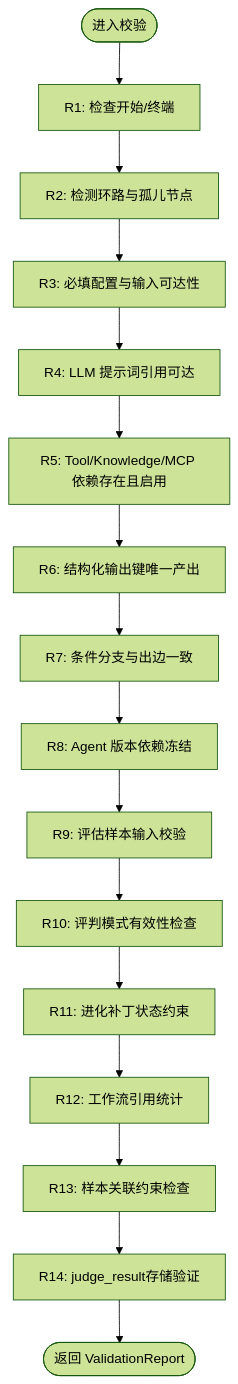
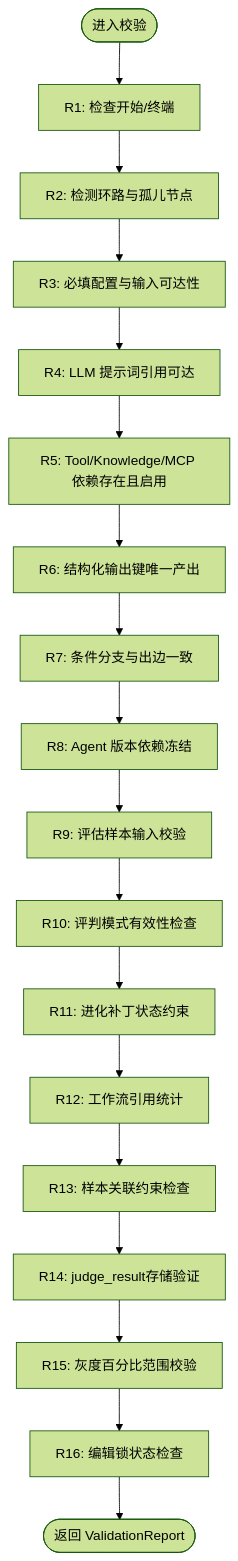
The third of 3 diagrams in .qoder/repowiki/zh/content/Agent 与工作流域.md (huiliuxu780/MoreThanCorn), drawn with Mermaid (forest theme) before and after one commit. The commit also changed other lines of this file and 147 other files, not shown here.

````diff
--- a/.qoder/repowiki/zh/content/Agent 与工作流域.md
+++ b/.qoder/repowiki/zh/content/Agent 与工作流域.md
@@ -383,18 +434,20 @@
 ```mermaid
 flowchart TD
 Start(["进入校验"]) --> R1["R1: 检查开始/终端"]
 R1 --> R2["R2: 检测环路与孤儿节点"]
 R2 --> R3["R3: 必填配置与输入可达性"]
 R3 --> R4["R4: LLM 提示词引用可达"]
 R4 --> R5["R5: Tool/Knowledge/MCP 依赖存在且启用"]
 R5 --> R6["R6: 结构化输出键唯一产出"]
 R6 --> R7["R7: 条件分支与出边一致"]
 R7 --> R8["R8: Agent 版本依赖冻结"]
 R8 --> R9["R9: 评估样本输入校验"]
 R9 --> R10["R10: 评判模式有效性检查"]
 R10 --> R11["R11: 进化补丁状态约束"]
 R11 --> R12["R12: 工作流引用统计"]
 R12 --> R13["R13: 样本关联约束检查"]
 R13 --> R14["R14: judge_result存储验证"]
-R14 --> End(["返回 ValidationReport"])
+R14 --> R15["R15: 灰度百分比范围校验"]
+R15 --> R16["R16: 编辑锁状态检查"]
+R16 --> End(["返回 ValidationReport"])
 ```
````
